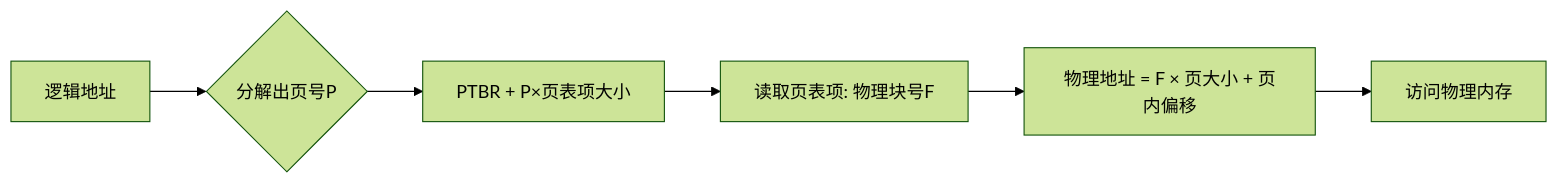
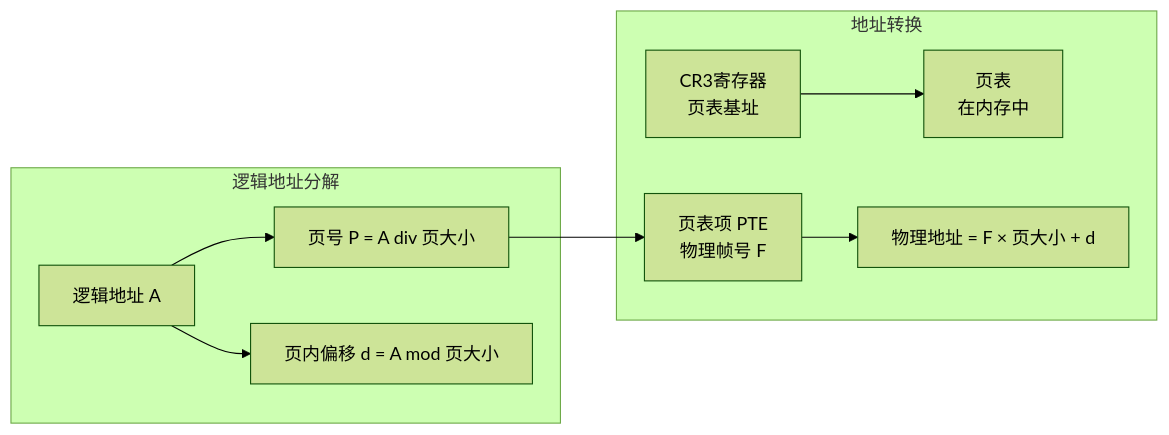
Diagram 20 of 33 in src/content/philes/volume-1/CS-OS/简易OS知识点.md (AH23333/Blog), drawn with Mermaid (forest theme) before and after one commit. The commit also changed other lines of this file and 21 other files, not shown here.

````diff
--- a/src/content/philes/volume-1/CS-OS/简易OS知识点.md
+++ b/src/content/philes/volume-1/CS-OS/简易OS知识点.md
@@ -364,8 +888,13 @@
 ```mermaid
 flowchart LR
-    A[逻辑地址] --> B{分解出页号P}
-    B --> C[PTBR + P×页表项大小]
-    C --> D[读取页表项: 物理块号F]
-    D --> E[物理地址 = F × 页大小 + 页内偏移]
-    E --> F[访问物理内存]
+    subgraph 逻辑地址分解
+        LA[逻辑地址 A] --> P[页号 P = A div 页大小]
+        LA --> D[页内偏移 d = A mod 页大小]
+    end
+
+    subgraph 地址转换
+        CR3["CR3寄存器<br/>页表基址"] --> PT["页表<br/>在内存中"]
+        P --> PTI["页表项 PTE<br/>物理帧号 F"]
+        PTI --> PA[物理地址 = F × 页大小 + d]
+    end
 ```
````
